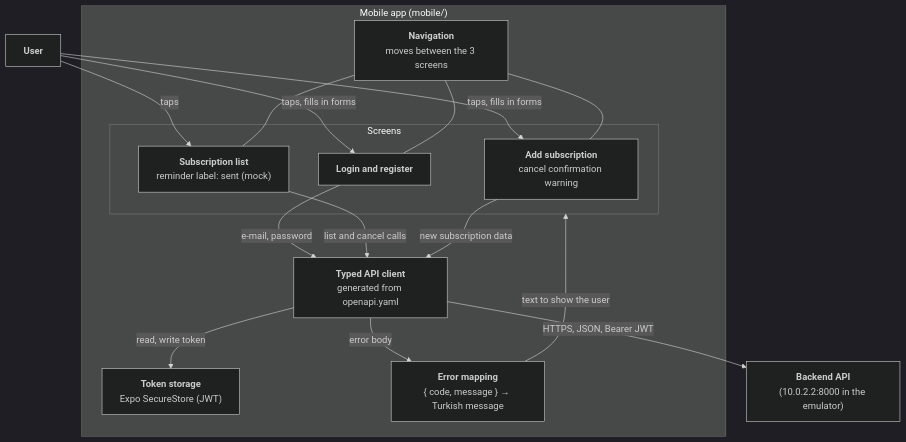
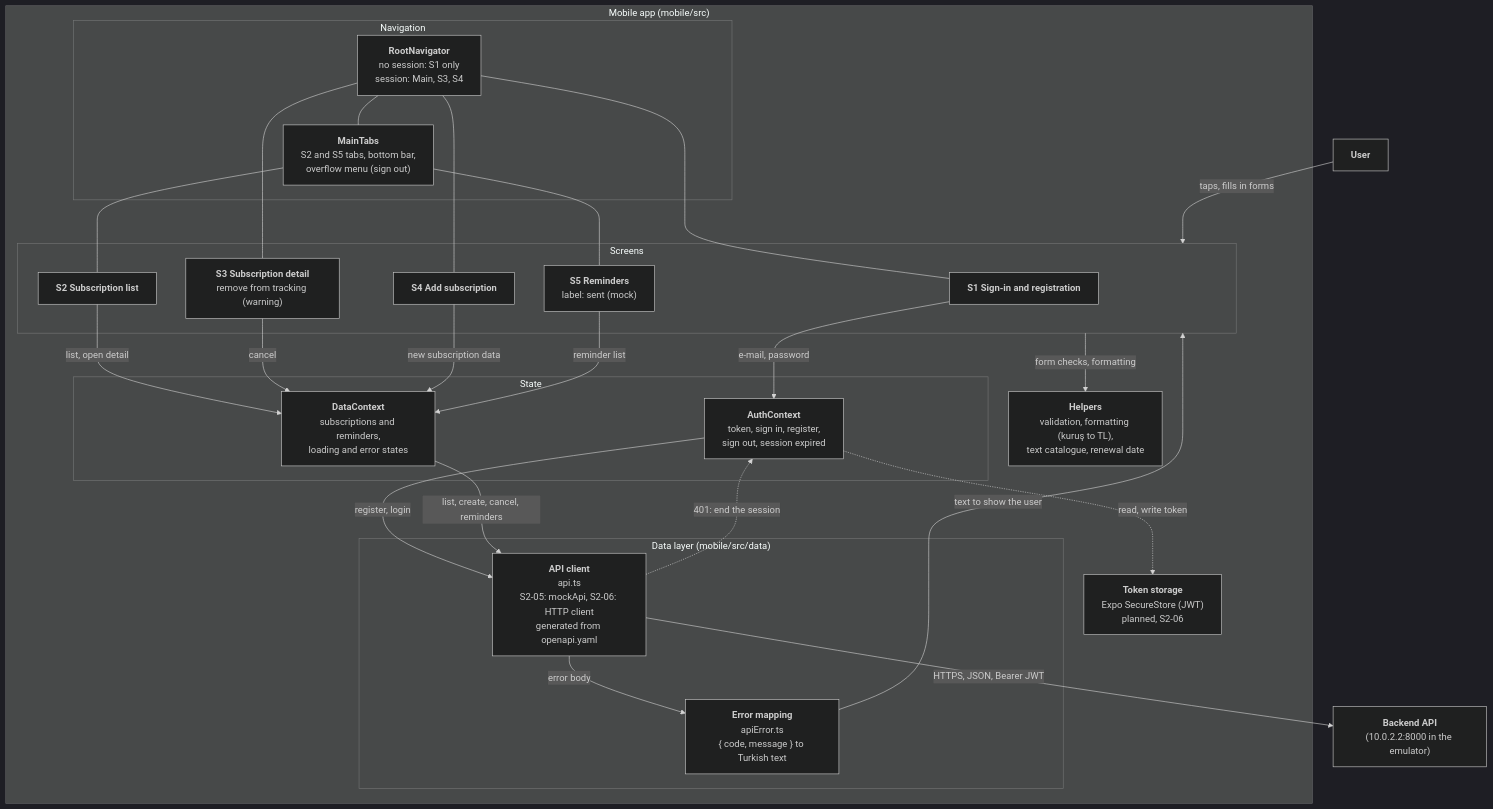
The fourth of 4 diagrams in docs/architecture/c4-diyagramlar.md (AbonelikVeFaturaHatirlatici/abonelik-ve-fatura-hatirlatici), drawn with Mermaid (dark theme) before and after one commit. The commit also changed other lines of this file, not shown here.

Commit message:
docs: C4 mobil diyagrami 5 ekrana gore guncellendi (S2-07)

````diff
--- a/docs/architecture/c4-diyagramlar.md
+++ b/docs/architecture/c4-diyagramlar.md
@@ -155,31 +157,56 @@
 ```mermaid
 flowchart TB
     user["<b>User</b>"]
     api["<b>Backend API</b><br/>(10.0.2.2:8000 in the emulator)"]
- 
-    subgraph mobile["Mobile app (mobile/)"]
-        nav["<b>Navigation</b><br/>moves between the 3 screens"]
+
+    subgraph mobile["Mobile app (mobile/src)"]
+        subgraph nav["Navigation"]
+            root["<b>RootNavigator</b><br/>no session: S1 only<br/>session: Main, S3, S4"]
+            tabs["<b>MainTabs</b><br/>S2 and S5 tabs, bottom bar,<br/>overflow menu (sign out)"]
+        end
+
         subgraph screens["Screens"]
-            login["<b>Login and register</b>"]
-            list["<b>Subscription list</b><br/>reminder label: sent (mock)"]
-            add["<b>Add subscription</b><br/>cancel confirmation warning"]
+            s1["<b>S1 Sign-in and registration</b>"]
+            s2["<b>S2 Subscription list</b>"]
+            s3["<b>S3 Subscription detail</b><br/>remove from tracking (warning)"]
+            s4["<b>S4 Add subscription</b>"]
+            s5["<b>S5 Reminders</b><br/>label: sent (mock)"]
         end
-        client["<b>Typed API client</b><br/>generated from openapi.yaml"]
-        storage["<b>Token storage</b><br/>Expo SecureStore (JWT)"]
-        errorMap["<b>Error mapping</b><br/>{ code, message } → Turkish message"]
+
+        subgraph state["State"]
+            authCtx["<b>AuthContext</b><br/>token, sign in, register,<br/>sign out, session expired"]
+            dataCtx["<b>DataContext</b><br/>subscriptions and reminders,<br/>loading and error states"]
+        end
+
+        subgraph dataLayer["Data layer (mobile/src/data)"]
+            client["<b>API client</b><br/>api.ts<br/>S2-05: mockApi, S2-06: HTTP client<br/>generated from openapi.yaml"]
+            errorMap["<b>Error mapping</b><br/>apiError.ts<br/>{ code, message } to Turkish text"]
+        end
+
+        helpers["<b>Helpers</b><br/>validation, formatting (kuruş to TL),<br/>text catalogue, renewal date"]
+        storage["<b>Token storage</b><br/>Expo SecureStore (JWT)<br/>planned, S2-06"]
     end
- 
-    user -->|"taps, fills in forms"| login
-    user -->|"taps"| list
-    user -->|"taps, fills in forms"| add
-    nav --- login
-    nav --- list
-    nav --- add
-    login -->|"e-mail, password"| client
-    list -->|"list and cancel calls"| client
-    add -->|"new subscription data"| client
-    client -->|"read, write token"| storage
+
+    user -->|"taps, fills in forms"| screens
+    root --- tabs
+    root --- s1
+    root --- s3
+    root --- s4
+    tabs --- s2
+    tabs --- s5
+
+    s1 -->|"e-mail, password"| authCtx
+    s2 -->|"list, open detail"| dataCtx
+    s3 -->|"cancel"| dataCtx
+    s4 -->|"new subscription data"| dataCtx
+    s5 -->|"reminder list"| dataCtx
+    screens -->|"form checks, formatting"| helpers
+
+    authCtx -->|"register, login"| client
+    dataCtx -->|"list, create, cancel, reminders"| client
+    authCtx -.->|"read, write token"| storage
     client -->|"HTTPS, JSON, Bearer JWT"| api
     client -->|"error body"| errorMap
     errorMap -->|"text to show the user"| screens
+    client -.->|"401: end the session"| authCtx
 ```
````
